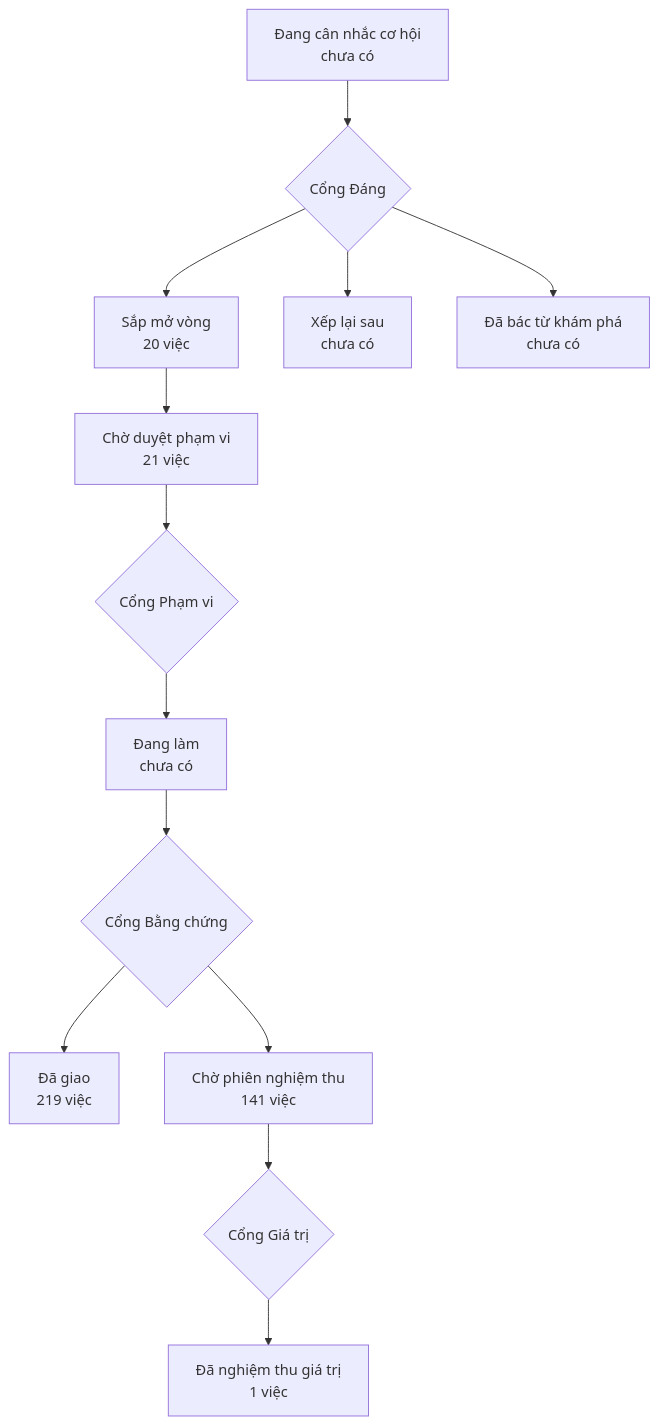
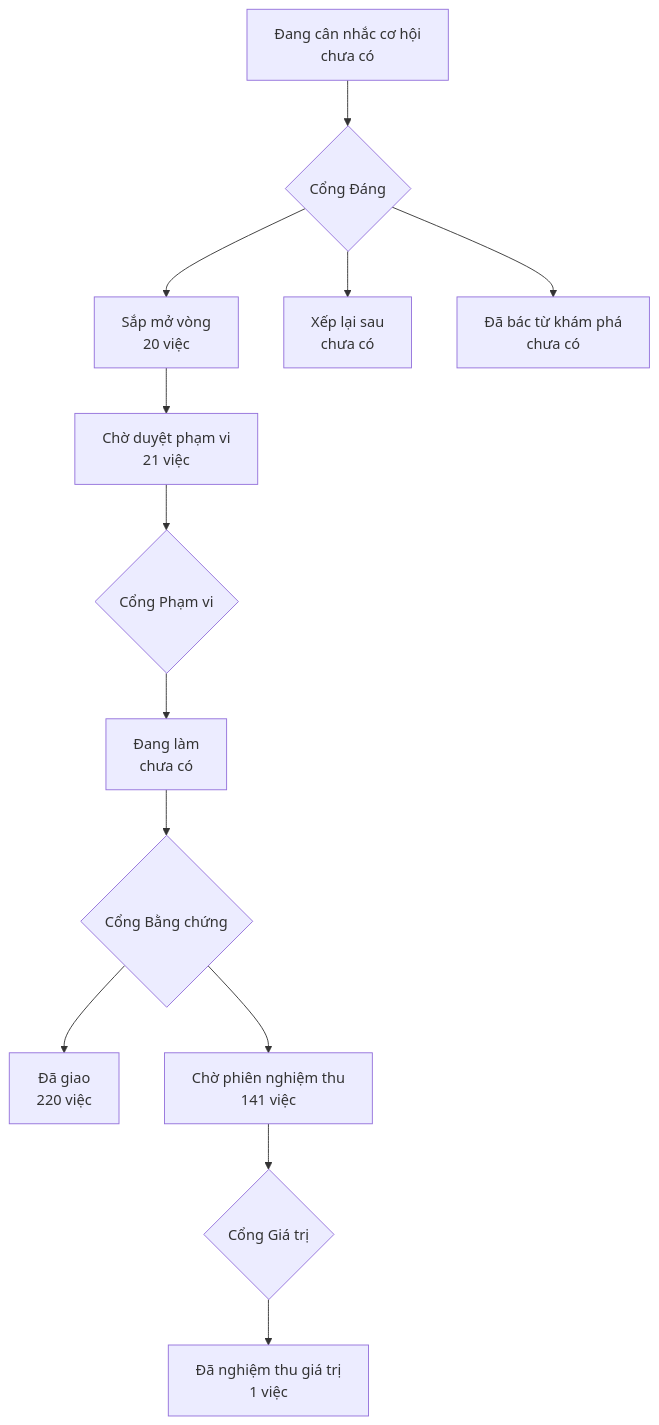
Before and after one commit to phanlemanh/onehub-invest: the diagram in PRODUCT-MAP.md, drawn with Mermaid. The commit also changed other lines of this file and 56 other files, not shown here.

````diff
--- a/PRODUCT-MAP.md
+++ b/PRODUCT-MAP.md
@@ -7,12 +7,12 @@
 ```mermaid
 flowchart TD
   A["Đang cân nhắc cơ hội<br/>chưa có"] --> GD{"Cổng Đáng"}
   GD --> B["Sắp mở vòng<br/>20 việc"]
   GD --> XL["Xếp lại sau<br/>chưa có"]
   GD --> DB["Đã bác từ khám phá<br/>chưa có"]
   B --> CD["Chờ duyệt phạm vi<br/>21 việc"] --> GP{"Cổng Phạm vi"}
   GP --> DL["Đang làm<br/>chưa có"] --> GB{"Cổng Bằng chứng"}
-  GB --> DG["Đã giao<br/>219 việc"]
+  GB --> DG["Đã giao<br/>220 việc"]
   GB --> CN["Chờ phiên nghiệm thu<br/>141 việc"] --> GG{"Cổng Giá trị"}
   GG --> NT["Đã nghiệm thu giá trị<br/>1 việc"]
 ```
````
